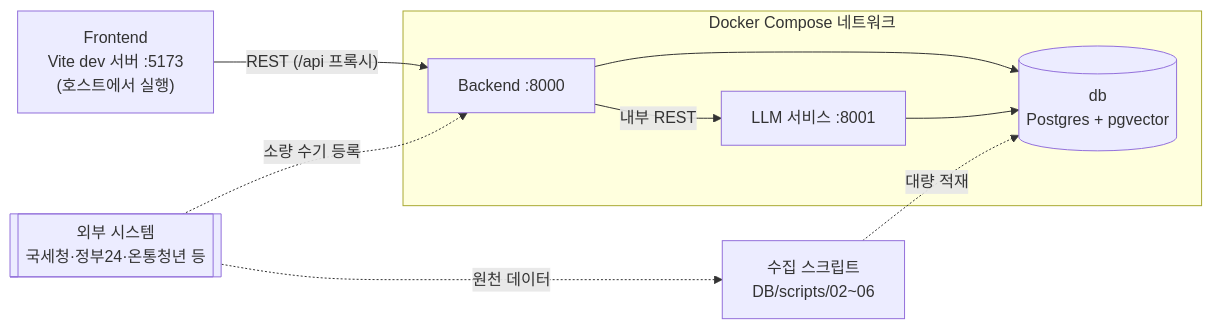
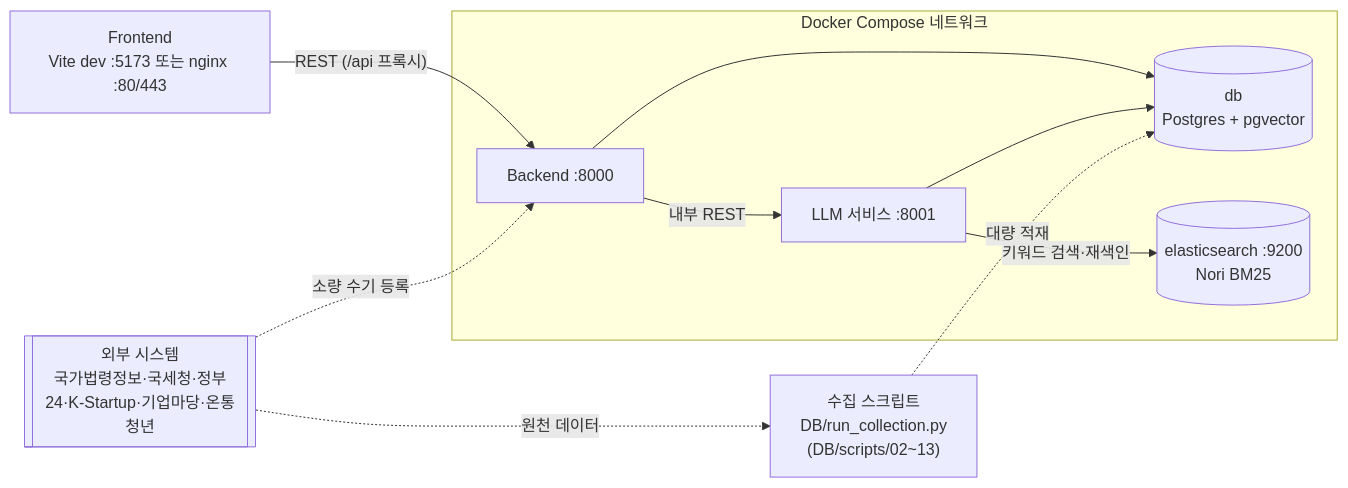
The first of 2 diagrams in Docs/Design/ARCHITECTURE.md (SKNETWORKS-FAMILY-AICAMP/SKN34-4th-3Team), drawn with Mermaid before and after one commit. The commit also changed other lines of this file and 38 other files, not shown here.

````diff
--- a/Docs/Design/ARCHITECTURE.md
+++ b/Docs/Design/ARCHITECTURE.md
@@ -7,21 +7,23 @@
 ```mermaid
 flowchart LR
-    FE["Frontend<br/>Vite dev 서버 :5173<br/>(호스트에서 실행)"]
+    FE["Frontend<br/>Vite dev :5173 또는 nginx :80/443"]
 
     subgraph Docker["Docker Compose 네트워크"]
         BE["Backend :8000"]
         LLM["LLM 서비스 :8001"]
         DB[("db<br/>Postgres + pgvector")]
+        ES[("elasticsearch :9200<br/>Nori BM25")]
     end
 
-    Ext[["외부 시스템<br/>국세청·정부24·온통청년 등"]]
-    Scripts["수집 스크립트<br/>DB/scripts/02~06"]
+    Ext[["외부 시스템<br/>국가법령정보·국세청·정부24·K-Startup·기업마당·온통청년"]]
+    Scripts["수집 스크립트<br/>DB/run_collection.py<br/>(DB/scripts/02~13)"]
 
     FE -->|"REST (/api 프록시)"| BE
     BE -->|내부 REST| LLM
     BE --> DB
     LLM --> DB
+    LLM -->|키워드 검색·재색인| ES
     Ext -. 원천 데이터 .-> Scripts
     Scripts -. 대량 적재 .-> DB
     Ext -. 소량 수기 등록 .-> BE
 ```
````
